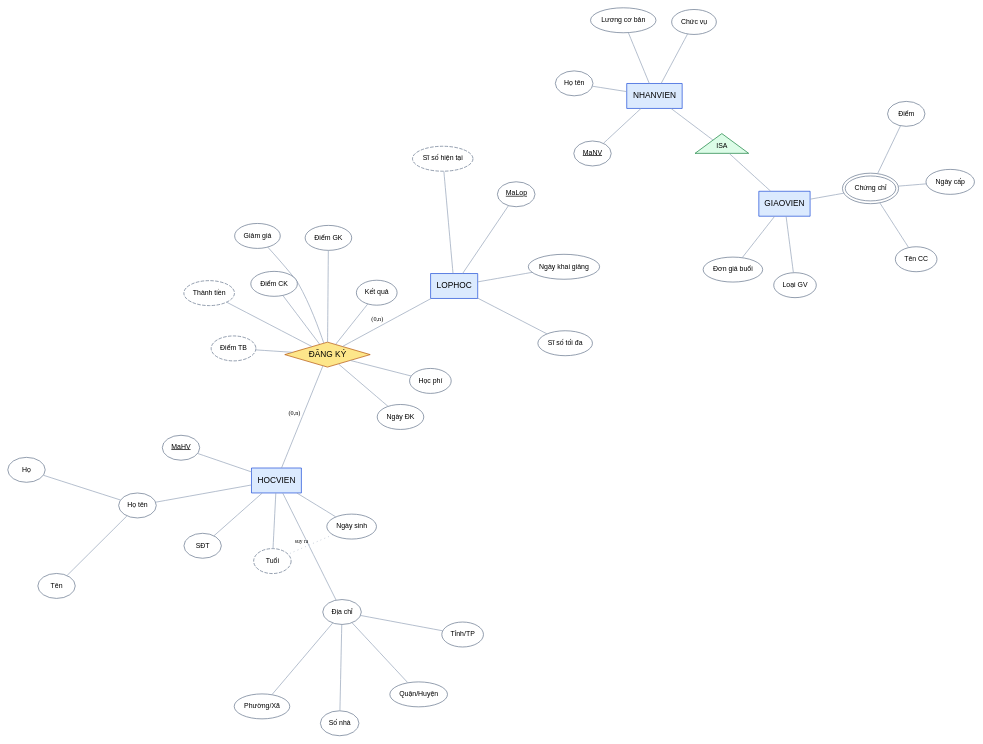
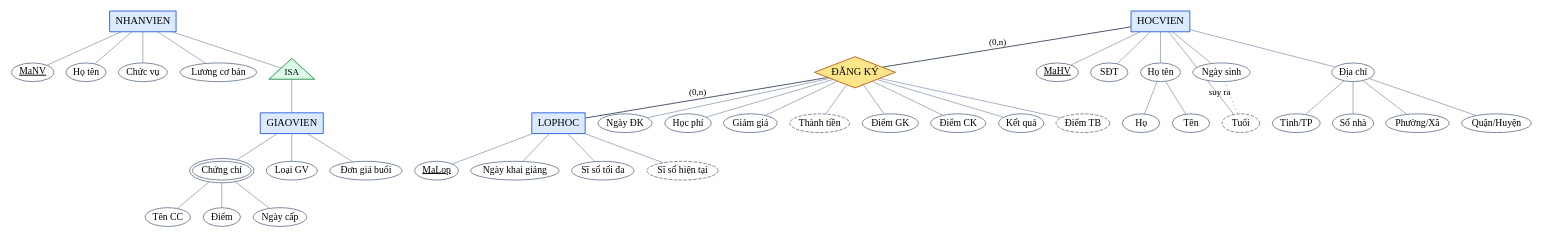
One commit to nhutruong-uit/ecms changed the diagram in docs/design/erd-thuoc-tinh.dot. Above: the diagram before and after it, drawn with Graphviz. The commit also changed 67 other files, not shown here.

```diff
--- a/docs/design/erd-thuoc-tinh.dot
+++ b/docs/design/erd-thuoc-tinh.dot
@@ -1,30 +1,88 @@
-// ERD chi tiết các loại thuộc tính (ký hiệu Chen) – T04
-// Gạch chân: khoá · elip đôi: đa trị · elip nét đứt: suy diễn · elip có elip con: phức hợp
+// ERD chi tiết các loại thuộc tính (ký hiệu Chen) – T04, vẽ lại T30 (Hình 2.2)
+//   neato -n -Tpng -Gdpi=200 docs/design/erd-thuoc-tinh.dot -o docs/design/erd-thuoc-tinh.png
+// Gạch chân: khoá · elip đôi: đa trị · elip nét đứt: suy diễn · elip có elip con: phức hợp · nét chấm: suy ra từ.
+// Toạ độ cố định (pos, point), nét thẳng; ảnh ~18 × 25 cm, chèn khổ 15 cm chữ in ~11 pt.
 graph ATTR {
-  layout=neato; overlap=false; splines=true; sep="+8"; fontname="Arial";
-  node [fontname="Arial", fontsize=10, style=filled, shape=ellipse, fillcolor="#ffffff", color="#64748b"];
-  edge [color="#94a3b8", len=1.1];
-  node [shape=box, fillcolor="#dbeafe", color="#1d4ed8", fontsize=12];
-  HOCVIEN; NHANVIEN; GIAOVIEN; DANGKY [label="ĐĂNG KÝ", shape=diamond, fillcolor="#fde68a", color="#b45309"]; LOPHOC;
-  node [shape=ellipse, fillcolor="#ffffff", color="#64748b", fontsize=10];
-  hv_ma [label=<<u>MaHV</u>>]; hv_hoten [label="Họ tên"]; hv_ho [label="Họ"]; hv_ten [label="Tên"];
-  hv_ns [label="Ngày sinh"]; hv_tuoi [label="Tuổi", style="filled,dashed"]; hv_dc [label="Địa chỉ"];
-  hv_sn [label="Số nhà"]; hv_px [label="Phường/Xã"]; hv_qh [label="Quận/Huyện"]; hv_tp [label="Tỉnh/TP"]; hv_sdt [label="SĐT"];
-  HOCVIEN -- {hv_ma hv_hoten hv_ns hv_tuoi hv_dc hv_sdt}; hv_hoten -- {hv_ho hv_ten}; hv_dc -- {hv_sn hv_px hv_qh hv_tp};
-  hv_ns -- hv_tuoi [style=dotted, label="suy ra", fontsize=8];
-
-  nv_ma [label=<<u>MaNV</u>>]; nv_ht [label="Họ tên"]; nv_cv [label="Chức vụ"]; nv_luong [label="Lương cơ bản"];
-  NHANVIEN -- {nv_ma nv_ht nv_cv nv_luong};
-  isa [shape=triangle, fillcolor="#dcfce7", color="#15803d", label="ISA"];
-  NHANVIEN -- isa; isa -- GIAOVIEN;
-  gv_loai [label="Loại GV"]; gv_dg [label="Đơn giá buổi"]; gv_cc [label="Chứng chỉ", peripheries=2];
-  gv_tencc [label="Tên CC"]; gv_diem [label="Điểm"]; gv_ngay [label="Ngày cấp"];
-  GIAOVIEN -- {gv_loai gv_dg gv_cc}; gv_cc -- {gv_tencc gv_diem gv_ngay};
-
-  dk_ngay [label="Ngày ĐK"]; dk_hp [label="Học phí"]; dk_gg [label="Giảm giá"]; dk_tt [label="Thành tiền", style="filled,dashed"];
-  dk_gk [label="Điểm GK"]; dk_ck [label="Điểm CK"]; dk_tb [label="Điểm TB", style="filled,dashed"]; dk_kq [label="Kết quả"];
-  HOCVIEN -- DANGKY [label="(0,n)", fontsize=9]; DANGKY -- LOPHOC [label="(0,n)", fontsize=9];
-  DANGKY -- {dk_ngay dk_hp dk_gg dk_tt dk_gk dk_ck dk_tb dk_kq};
-  lop_ma [label=<<u>MaLop</u>>]; lop_ss [label="Sĩ số hiện tại", style="filled,dashed"]; lop_max [label="Sĩ số tối đa"]; lop_kg [label="Ngày khai giảng"];
-  LOPHOC -- {lop_ma lop_ss lop_max lop_kg};
+  graph [splines=line, outputorder=edgesfirst, pad=0.12, bgcolor="white", fontname="Times New Roman,"];
+  node [fontname="Times New Roman,", fontsize=14, style=filled, shape=ellipse, fillcolor="#ffffff", color="#64748b", penwidth=1.2, height=0.38, margin="0.06,0.02"];
+  edge [fontname="Times New Roman,", fontsize=13, color="#94a3b8", penwidth=1.2];
+  nv_ma [pos="50,702!", label=<<u>MaNV</u>>];
+  nv_ht [pos="140,702!", label="Họ tên"];
+  nv_cv [pos="230,702!", label="Chức vụ"];
+  NHANVIEN [pos="140,648!", label="NHANVIEN", shape=box, fillcolor="#dbeafe", color="#1d4ed8", fontsize=15, height=0.42, margin="0.12,0.05"];
+  nv_luong [pos="295,648!", label="Lương cơ bản"];
+  isa [pos="140,593!", label="ISA", shape=triangle, fillcolor="#dcfce7", color="#15803d", fontsize=13, width=0.8, height=0.55];
+  GIAOVIEN [pos="140,538!", label="GIAOVIEN", shape=box, fillcolor="#dbeafe", color="#1d4ed8", fontsize=15, height=0.42, margin="0.12,0.05"];
+  gv_cc [pos="305,538!", label="Chứng chỉ", peripheries=2];
+  gv_loai [pos="60,484!", label="Loại GV"];
+  gv_dg [pos="175,484!", label="Đơn giá buổi"];
+  gv_tencc [pos="425,590!", label="Tên CC"];
+  gv_diem [pos="440,538!", label="Điểm"];
+  gv_ngay [pos="425,486!", label="Ngày cấp"];
+  lop_ma [pos="100,432!", label=<<u>MaLop</u>>];
+  lop_kg [pos="100,380!", label="Ngày khai giảng"];
+  LOPHOC [pos="255,406!", label="LOPHOC", shape=box, fillcolor="#dbeafe", color="#1d4ed8", fontsize=15, height=0.42, margin="0.12,0.05"];
+  lop_max [pos="410,432!", label="Sĩ số tối đa"];
+  lop_ss [pos="410,380!", label="Sĩ số hiện tại", style="filled,dashed"];
+  dk_ngay [pos="75,330!", label="Ngày ĐK"];
+  dk_hp [pos="60,284!", label="Học phí"];
+  dk_gg [pos="75,238!", label="Giảm giá"];
+  dk_tt [pos="175,208!", label="Thành tiền", style="filled,dashed"];
+  DANGKY [pos="255,284!", label="ĐĂNG KÝ", shape=diamond, fillcolor="#fde68a", color="#b45309", fontsize=15, width=1.55, height=0.62];
+  dk_gk [pos="435,330!", label="Điểm GK"];
+  dk_ck [pos="450,284!", label="Điểm CK"];
+  dk_kq [pos="435,238!", label="Kết quả"];
+  dk_tb [pos="335,208!", label="Điểm TB", style="filled,dashed"];
+  HOCVIEN [pos="255,152!", label="HOCVIEN", shape=box, fillcolor="#dbeafe", color="#1d4ed8", fontsize=15, height=0.42, margin="0.12,0.05"];
+  hv_ma [pos="100,152!", label=<<u>MaHV</u>>];
+  hv_sdt [pos="410,152!", label="SĐT"];
+  hv_hoten [pos="70,94!", label="Họ tên"];
+  hv_ns [pos="180,94!", label="Ngày sinh"];
+  hv_tuoi [pos="290,94!", label="Tuổi", style="filled,dashed"];
+  hv_dc [pos="400,94!", label="Địa chỉ"];
+  hv_tp [pos="480,70!", label="Tỉnh/TP"];
+  hv_ho [pos="35,36!", label="Họ"];
+  hv_ten [pos="110,36!", label="Tên"];
+  hv_sn [pos="232,20!", label="Số nhà"];
+  hv_px [pos="325,20!", label="Phường/Xã"];
+  hv_qh [pos="440,20!", label="Quận/Huyện"];
+  NHANVIEN -- nv_ma;
+  NHANVIEN -- nv_ht;
+  NHANVIEN -- nv_cv;
+  NHANVIEN -- nv_luong;
+  NHANVIEN -- isa;
+  isa -- GIAOVIEN;
+  GIAOVIEN -- gv_loai;
+  GIAOVIEN -- gv_dg;
+  GIAOVIEN -- gv_cc;
+  gv_cc -- gv_tencc;
+  gv_cc -- gv_diem;
+  gv_cc -- gv_ngay;
+  LOPHOC -- lop_ma;
+  LOPHOC -- lop_kg;
+  LOPHOC -- lop_max;
+  LOPHOC -- lop_ss;
+  DANGKY -- dk_ngay;
+  DANGKY -- dk_hp;
+  DANGKY -- dk_gg;
+  DANGKY -- dk_tt;
+  DANGKY -- dk_gk;
+  DANGKY -- dk_ck;
+  DANGKY -- dk_kq;
+  DANGKY -- dk_tb;
+  HOCVIEN -- hv_ma;
+  HOCVIEN -- hv_sdt;
+  HOCVIEN -- hv_hoten;
+  HOCVIEN -- hv_ns;
+  HOCVIEN -- hv_tuoi;
+  HOCVIEN -- hv_dc;
+  hv_hoten -- hv_ho;
+  hv_hoten -- hv_ten;
+  hv_dc -- hv_sn;
+  hv_dc -- hv_px;
+  hv_dc -- hv_qh;
+  hv_dc -- hv_tp;
+  HOCVIEN -- DANGKY [color="#475569", penwidth=1.4, xlabel="(0,n)"];
+  DANGKY -- LOPHOC [color="#475569", penwidth=1.4, xlabel="(0,n)"];
+  hv_ns -- hv_tuoi [style=dotted, color="#64748b", xlabel="suy ra"];
 }
```
